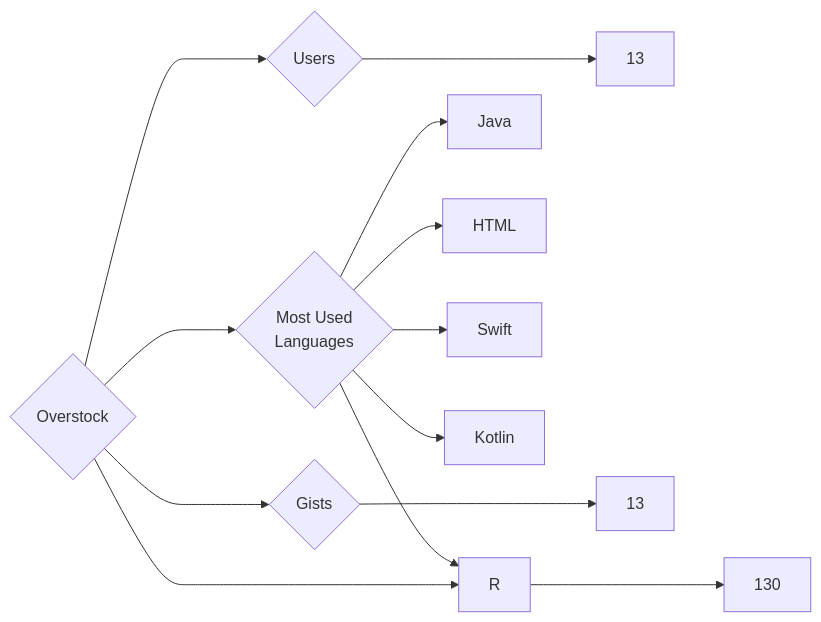
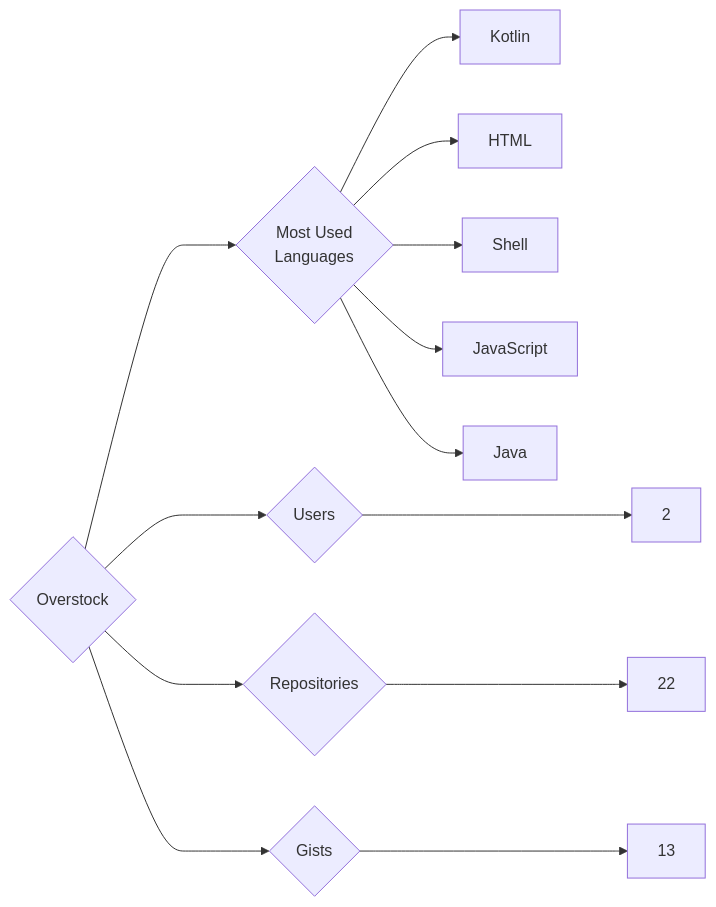
The diagram in targets/Overstock/README.md (trickest/insiders), drawn with Mermaid before and after one commit. The commit also changed 895 other files, not shown here.

````diff
--- a/targets/Overstock/README.md
+++ b/targets/Overstock/README.md
@@ -3,13 +3,13 @@
 ```mermaid
 graph LR
 COMPANY_NAME{Overstock}
-COMPANY_NAME ---> U{Users} ---> UN[13]
-COMPANY_NAME ---> R{Repositories} ---> RN[130]
+COMPANY_NAME ---> U{Users} ---> UN[2]
+COMPANY_NAME ---> R{Repositories} ---> RN[22]
 COMPANY_NAME ---> G{Gists} ---> GN[13]
 COMPANY_NAME ---> ML{Most Used<br>Languages}
+ML --> Kotlin[Kotlin]
+ML --> HTML[HTML]
+ML --> Shell[Shell]
+ML --> JavaScript[JavaScript]
 ML --> Java[Java]
-ML --> HTML[HTML]
-ML --> R[R]
-ML --> Swift[Swift]
-ML --> Kotlin[Kotlin]
 ```
````
